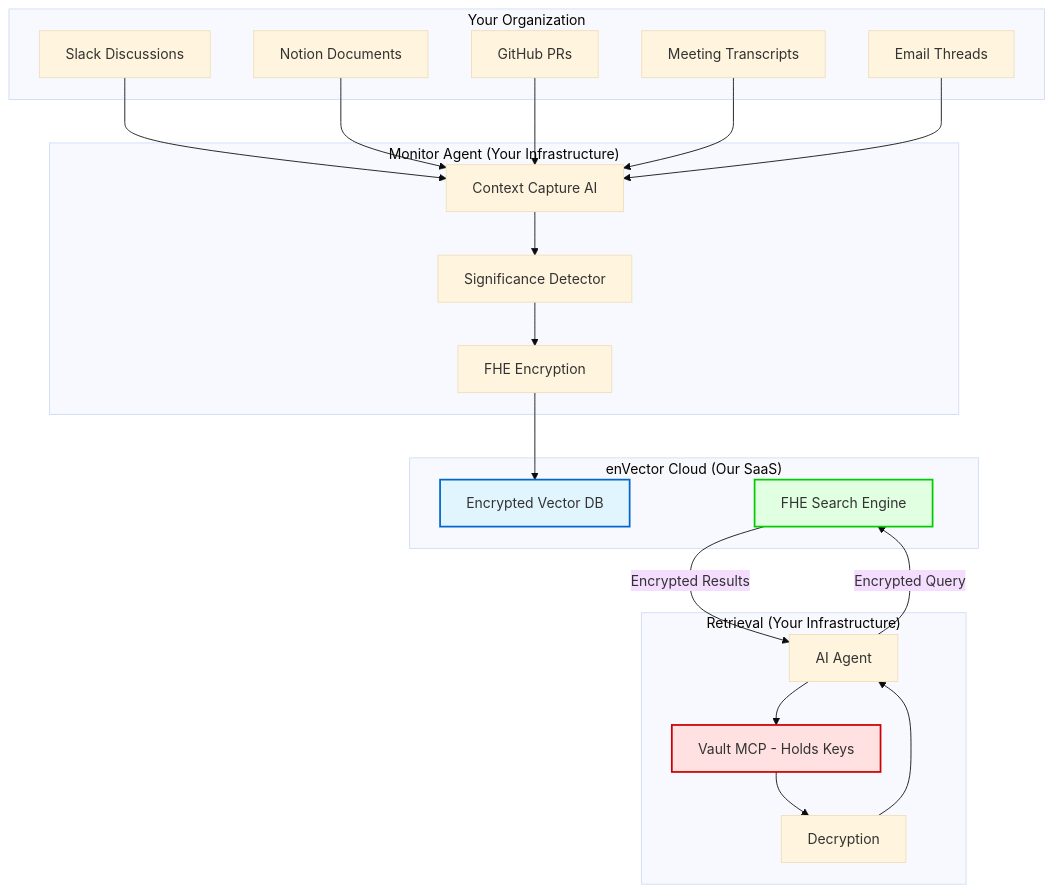
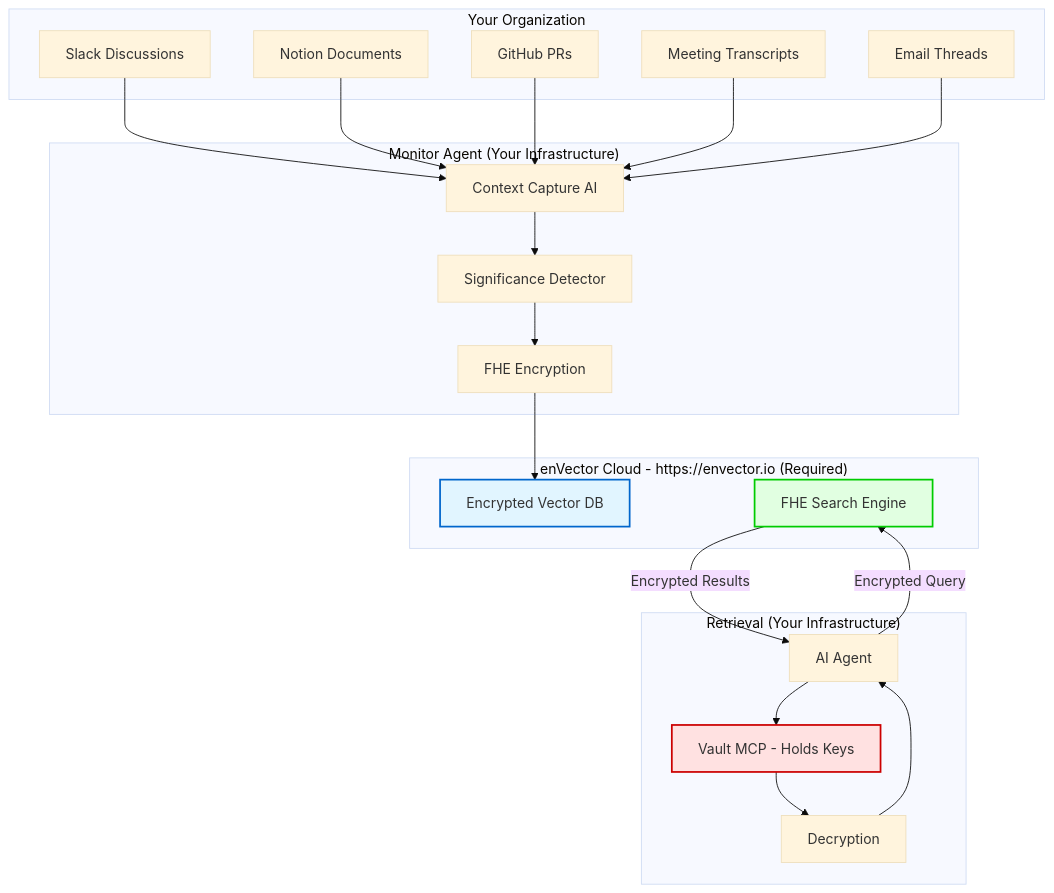
The diagram in skills/envector/SKILL.md (CryptoLabInc/rune-admin), drawn with Mermaid (base theme) before and after one commit. The commit also changed other lines of this file and 21 other files, not shown here.

Commit message:
Refactoring key management architecture

````diff
--- a/skills/envector/SKILL.md
+++ b/skills/envector/SKILL.md
@@ -272,47 +272,47 @@
 ```mermaid
 graph TB
     subgraph "Your Organization"
         A[Slack Discussions]
         B[Notion Documents]
         C[GitHub PRs]
         D[Meeting Transcripts]
         E[Email Threads]
     end
     
     subgraph "Monitor Agent (Your Infrastructure)"
         F[Context Capture AI]
         G[Significance Detector]
         H[FHE Encryption]
     end
     
-    subgraph "enVector Cloud (Our SaaS)"
+    subgraph "enVector Cloud - https://envector.io (Required)"
         I[Encrypted Vector DB]
         J[FHE Search Engine]
     end
     
     subgraph "Retrieval (Your Infrastructure)"
         K[Vault MCP - Holds Keys]
         L[Decryption]
         M[AI Agent]
     end
     
     A --> F
     B --> F
     C --> F
     D --> F
     E --> F
     
     F --> G
     G --> H
     H --> I
     
     M -->|Encrypted Query| J
     J -->|Encrypted Results| M
     M --> K
     K --> L
     L --> M
     
     style I fill:#e1f5ff,stroke:#0066cc,stroke-width:2px
     style K fill:#ffe1e1,stroke:#cc0000,stroke-width:2px
     style J fill:#e1ffe1,stroke:#00cc00,stroke-width:2px
 ```
````
